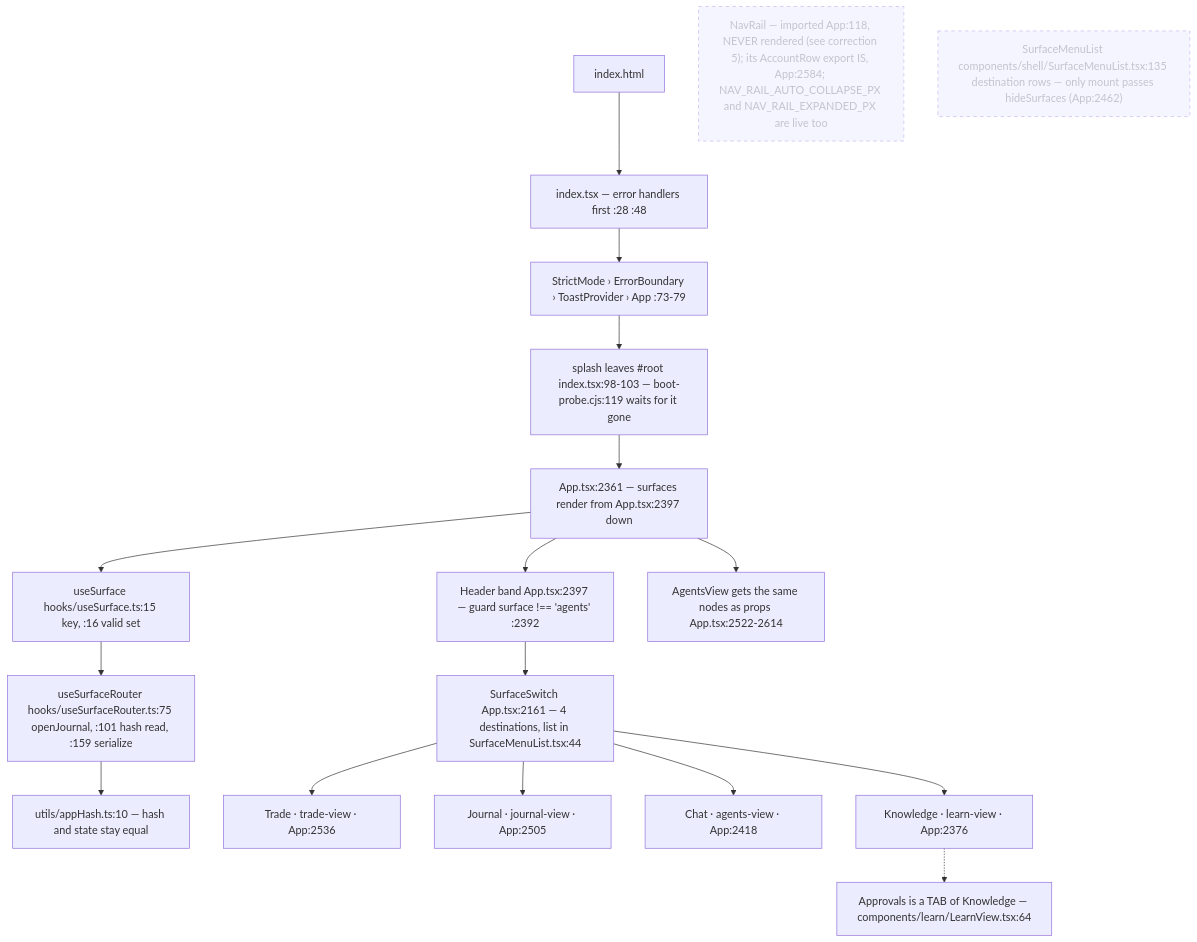
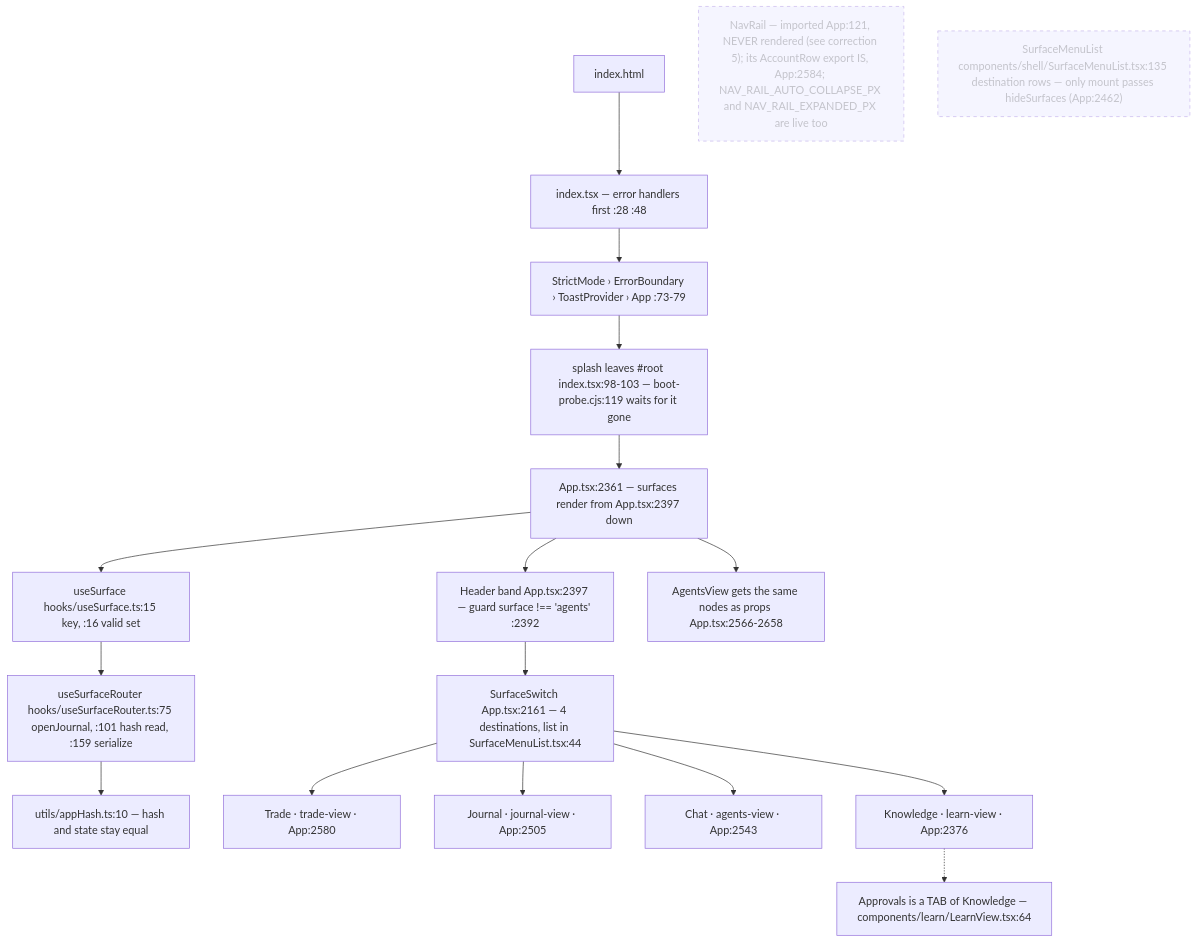
Before and after one commit to Acepay25/august-3.5: the first of 8 diagrams in docs/app-flow.md, drawn with Mermaid. The commit also changed other lines of this file and 2 other files, not shown here.

First line of the commit message:
docs(flow): re-anchor the citations this fix batch shifted

````diff
--- a/docs/app-flow.md
+++ b/docs/app-flow.md
@@ -49,21 +49,21 @@
 ```mermaid
 flowchart TD
     H["index.html"] --> I["index.tsx — error handlers first :28 :48"]
     I --> S["StrictMode › ErrorBoundary › ToastProvider › App :73-79"]
     S --> SP["splash leaves #root index.tsx:98-103 — boot-probe.cjs:119 waits for it gone"]
     SP --> APP["App.tsx:2361 — surfaces render from App.tsx:2397 down"]
     APP --> US["useSurface hooks/useSurface.ts:15 key, :16 valid set"]
     US --> UR["useSurfaceRouter hooks/useSurfaceRouter.ts:75 openJournal, :101 hash read, :159 serialize"]
     UR --> HASH["utils/appHash.ts:10 — hash and state stay equal"]
     APP --> HD["Header band App.tsx:2397 — guard surface !== 'agents' :2392"]
     HD --> SW["SurfaceSwitch App.tsx:2161 — 4 destinations, list in SurfaceMenuList.tsx:44"]
-    APP --> AV["AgentsView gets the same nodes as props App.tsx:2522-2614"]
-    SW --> T["Trade · trade-view · App:2536"]
+    APP --> AV["AgentsView gets the same nodes as props App.tsx:2566-2658"]
+    SW --> T["Trade · trade-view · App:2580"]
     SW --> J["Journal · journal-view · App:2505"]
-    SW --> C["Chat · agents-view · App:2418"]
+    SW --> C["Chat · agents-view · App:2543"]
     SW --> K["Knowledge · learn-view · App:2376"]
     K -.-> AP["Approvals is a TAB of Knowledge — components/learn/LearnView.tsx:64"]
-    NR["NavRail — imported App:118, NEVER rendered (see correction 5); its AccountRow export IS, App:2584; NAV_RAIL_AUTO_COLLAPSE_PX and NAV_RAIL_EXPANDED_PX are live too"]:::dead
+    NR["NavRail — imported App:121, NEVER rendered (see correction 5); its AccountRow export IS, App:2584; NAV_RAIL_AUTO_COLLAPSE_PX and NAV_RAIL_EXPANDED_PX are live too"]:::dead
     SM["SurfaceMenuList components/shell/SurfaceMenuList.tsx:135 destination rows — only mount passes hideSurfaces (App:2462)"]:::dead
     classDef dead stroke-dasharray: 5 5,opacity:.5
 ```
````
